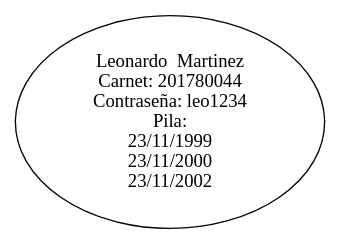
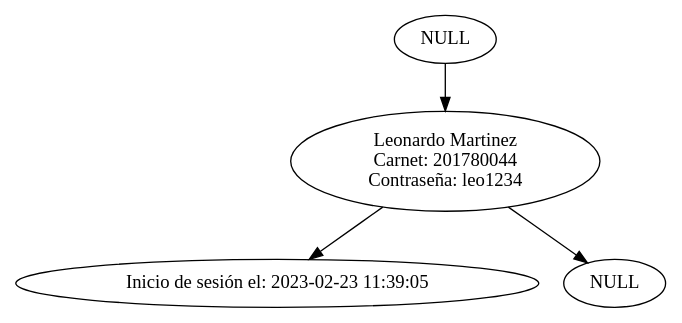
Before and after one commit to akamariano/EDD_1S2023_PY_202101149: the diagram in list.dot, drawn with Graphviz. The commit also changed 12 other files, not shown here.

```diff
--- a/list.dot
+++ b/list.dot
@@ -1,10 +1,11 @@
 digraph G {
-node201780044[label="Leonardo  Martinez
+null[label="NULL"]
+node201780044[label="Leonardo Martinez
 Carnet: 201780044
-Contraseña: leo1234
-Pila:
-23/11/1999
-23/11/2000
-23/11/2002"]
-
+Contraseña: leo1234"]
+stack201780044[label="Inicio de sesión el: 2023-02-23 11:39:05"]
+null2[label="NULL"]
+node201780044 -> stack201780044
+null -> node201780044
+node201780044 -> null2
 }
```
